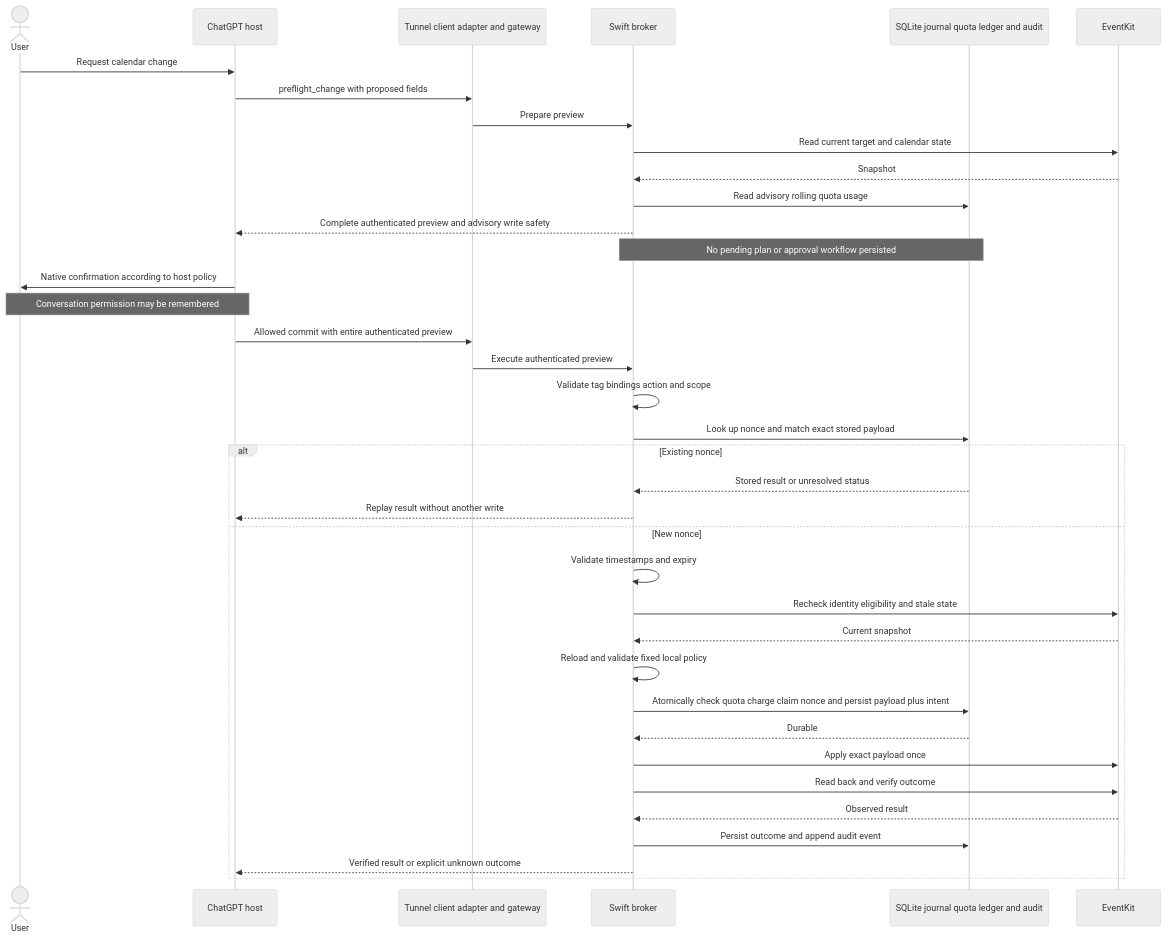
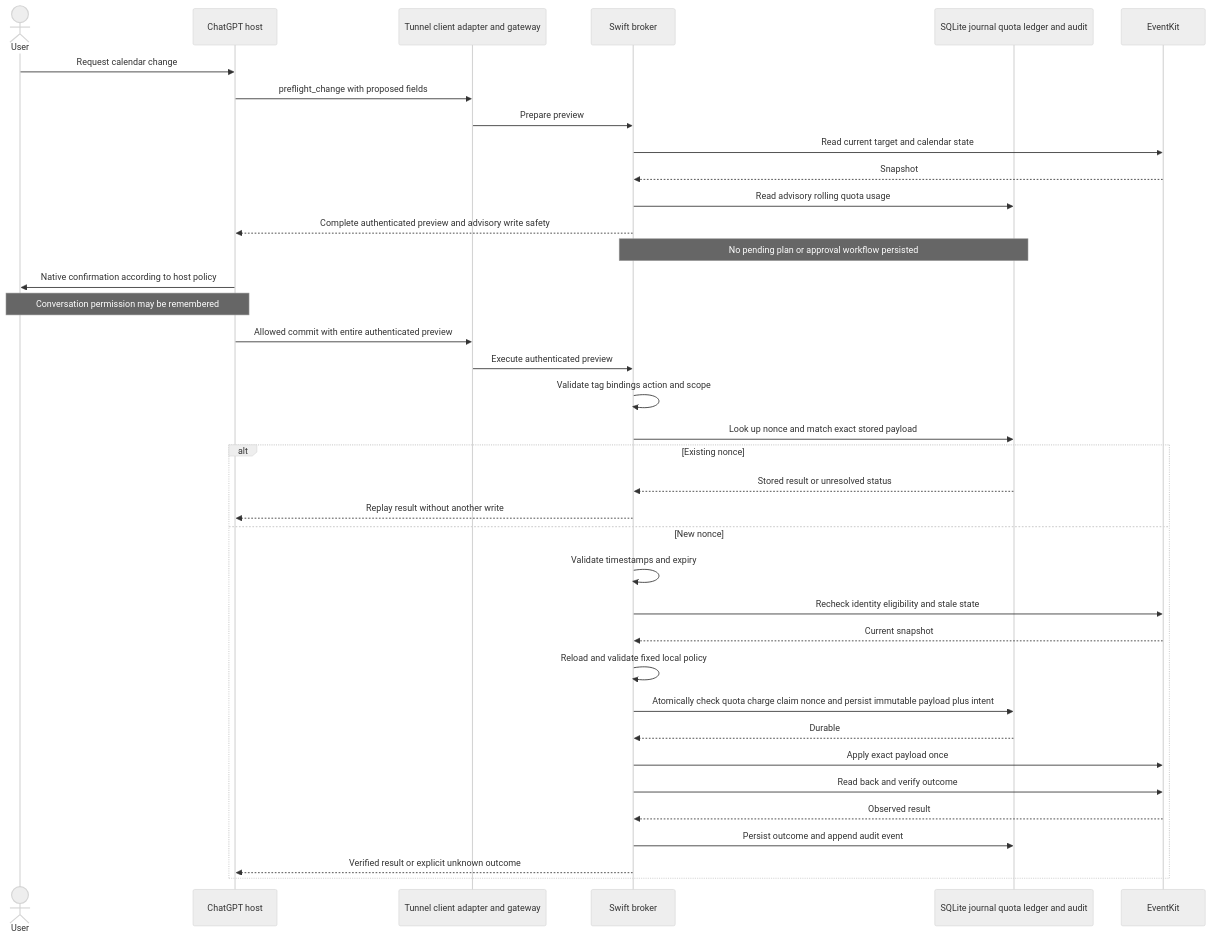
The second of 3 diagrams in docs/architecture.md (rmilkowski/icloud-calendar-mcp), drawn with Mermaid (neutral theme) before and after one commit. The commit also changed other lines of this file and 23 other files, not shown here.

````diff
--- a/docs/architecture.md
+++ b/docs/architecture.md
@@ -169,39 +202,39 @@
 ```mermaid
 sequenceDiagram
     actor User
     participant Host as ChatGPT host
     participant MCP as Tunnel client adapter and gateway
     participant Broker as Swift broker
     participant DB as SQLite journal quota ledger and audit
     participant EK as EventKit
     User->>Host: Request calendar change
     Host->>MCP: preflight_change with proposed fields
     MCP->>Broker: Prepare preview
     Broker->>EK: Read current target and calendar state
     EK-->>Broker: Snapshot
     Broker->>DB: Read advisory rolling quota usage
     Broker-->>Host: Complete authenticated preview and advisory write safety
     Note over Broker,DB: No pending plan or approval workflow persisted
     Host->>User: Native confirmation according to host policy
     Note over User,Host: Conversation permission may be remembered
     Host->>MCP: Allowed commit with entire authenticated preview
     MCP->>Broker: Execute authenticated preview
     Broker->>Broker: Validate tag bindings action and scope
     Broker->>DB: Look up nonce and match exact stored payload
     alt Existing nonce
         DB-->>Broker: Stored result or unresolved status
         Broker-->>Host: Replay result without another write
     else New nonce
     Broker->>Broker: Validate timestamps and expiry
     Broker->>EK: Recheck identity eligibility and stale state
     EK-->>Broker: Current snapshot
     Broker->>Broker: Reload and validate fixed local policy
-    Broker->>DB: Atomically check quota charge claim nonce and persist payload plus intent
+    Broker->>DB: Atomically check quota charge claim nonce and persist immutable payload plus intent
     DB-->>Broker: Durable
     Broker->>EK: Apply exact payload once
     Broker->>EK: Read back and verify outcome
     EK-->>Broker: Observed result
     Broker->>DB: Persist outcome and append audit event
     Broker-->>Host: Verified result or explicit unknown outcome
     end
 ```
````
